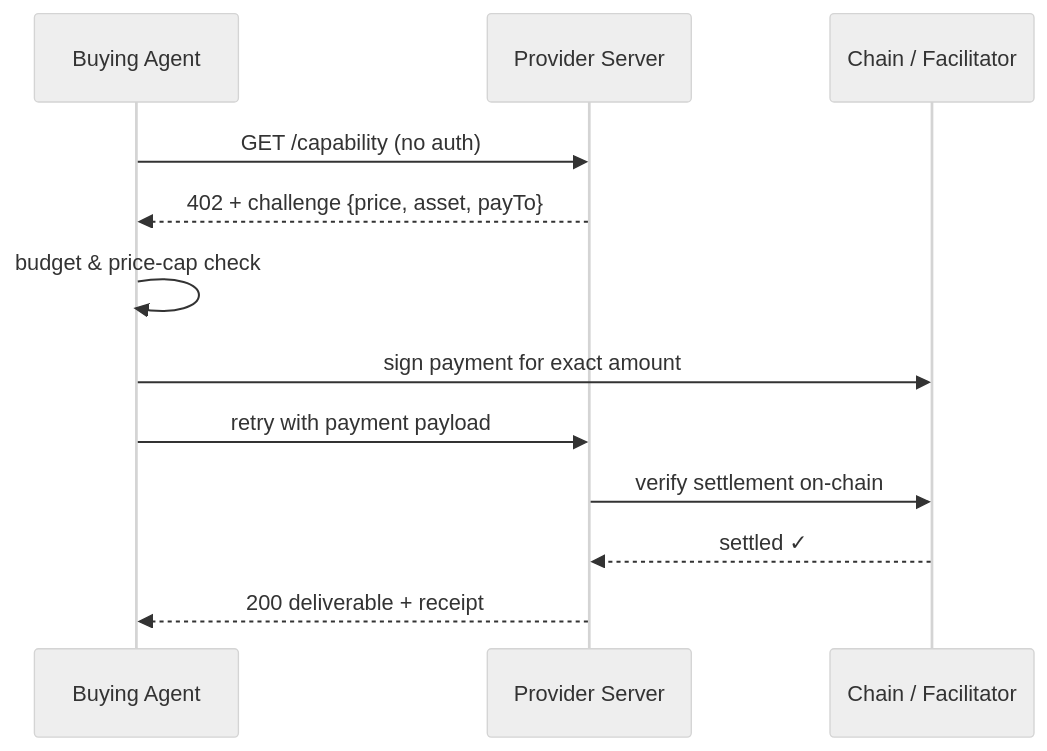
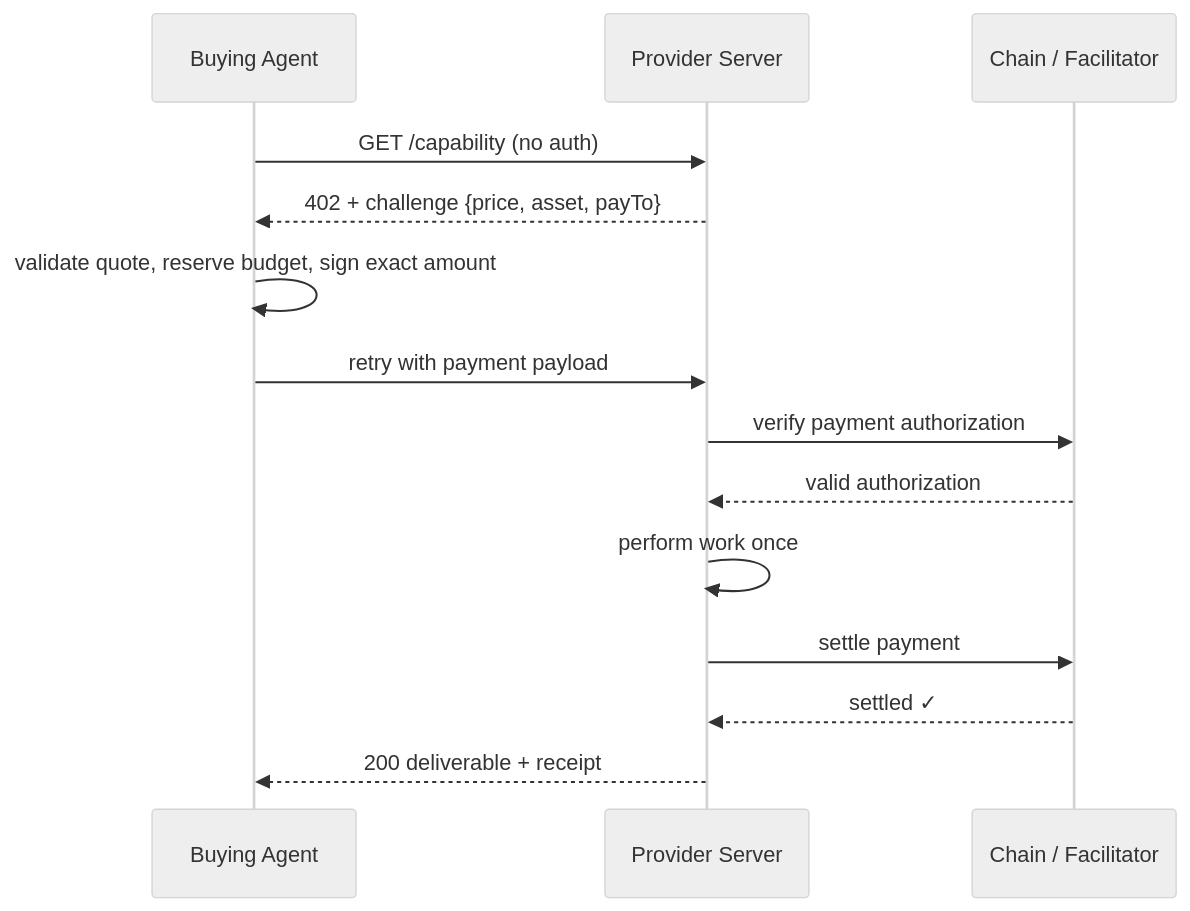
Before and after one commit to nibzard/awesome-agentic-patterns: the diagram in patterns/402-first-machine-payments.md, drawn with Mermaid (neutral theme). The commit also changed other lines of this file and 11 other files, not shown here.

Commit message:
Correct payment settlement semantics and reserve budgets durably

````diff
--- a/patterns/402-first-machine-payments.md
+++ b/patterns/402-first-machine-payments.md
@@ -58,14 +64,16 @@
 ```mermaid
 sequenceDiagram
     participant B as Buying Agent
     participant P as Provider Server
     participant C as Chain / Facilitator
     B->>P: GET /capability (no auth)
     P-->>B: 402 + challenge {price, asset, payTo}
-    B->>B: budget & price-cap check
-    B->>C: sign payment for exact amount
+    B->>B: validate quote, reserve budget, sign exact amount
     B->>P: retry with payment payload
-    P->>C: verify settlement on-chain
+    P->>C: verify payment authorization
+    C-->>P: valid authorization
+    P->>P: perform work once
+    P->>C: settle payment
     C-->>P: settled ✓
     P-->>B: 200 deliverable + receipt
 ```
````
